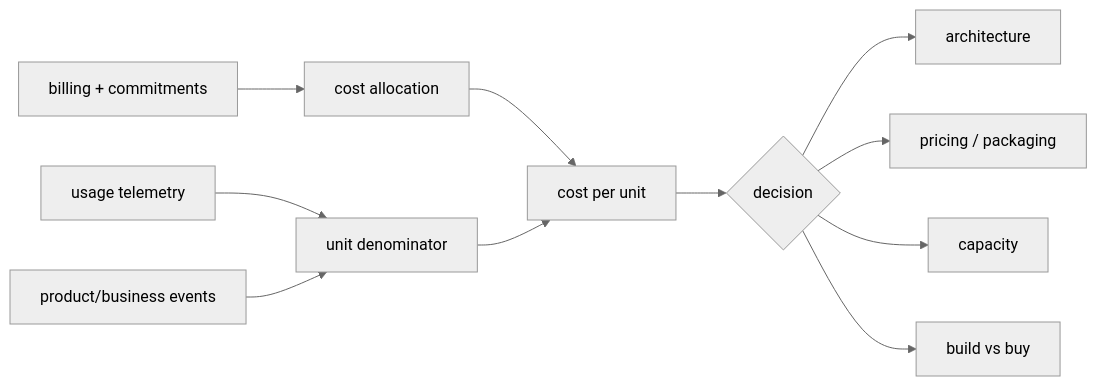
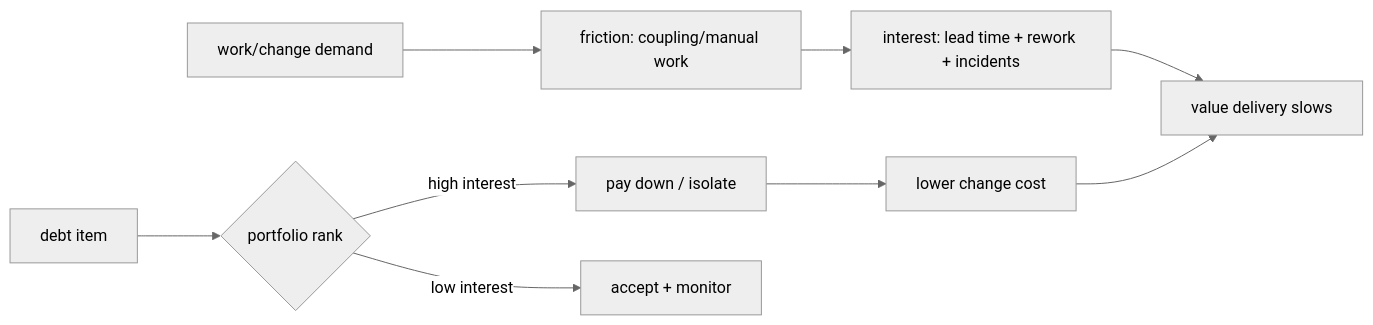
The second of 2 diagrams in daily/2026-09-21/07-00.md (cebrailbagatarhan/software-engineering-interview-roadmap), drawn with Mermaid (neutral theme) before and after one commit. The commit also changed other lines of this file, not shown here.

Commit message:
Avoid duplicate unit economics topic in 07:00 packages

````diff
--- a/daily/2026-09-21/07-00.md
+++ b/daily/2026-09-21/07-00.md
@@ -76,13 +76,11 @@
 ```mermaid
 flowchart LR
-  B[billing + commitments] --> A[cost allocation]
-  T[usage telemetry] --> U[unit denominator]
-  P[product/business events] --> U
-  A --> M[cost per unit]
-  U --> M
-  M --> D{decision}
-  D --> AR[architecture]
-  D --> PP[pricing / packaging]
-  D --> CAP[capacity]
-  D --> BB[build vs buy]
+  W[work/change demand] --> F[friction: coupling/manual work]
+  F --> I[interest: lead time + rework + incidents]
+  I --> V[value delivery slows]
+  D[debt item] --> R{portfolio rank}
+  R -->|high interest| P[pay down / isolate]
+  R -->|low interest| A[accept + monitor]
+  P --> C[lower change cost]
+  C --> V
 ```
````
